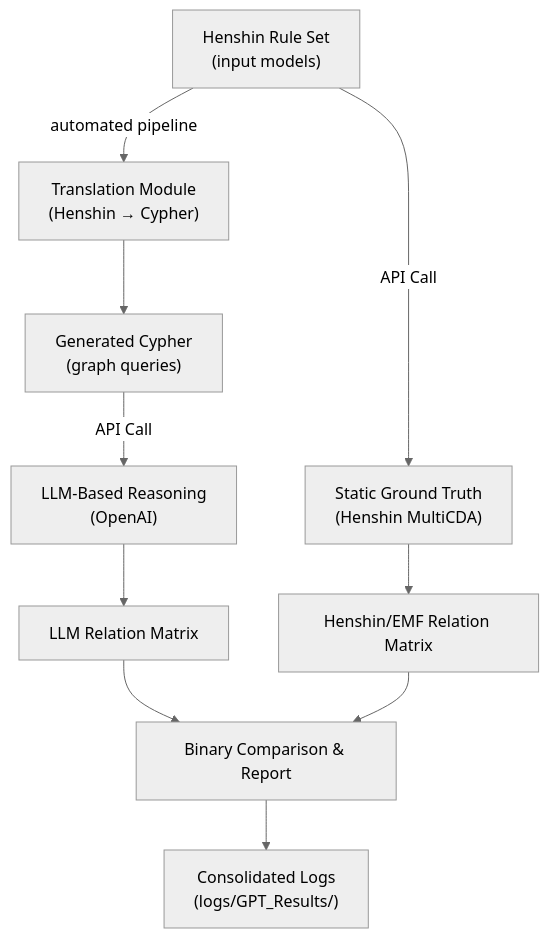
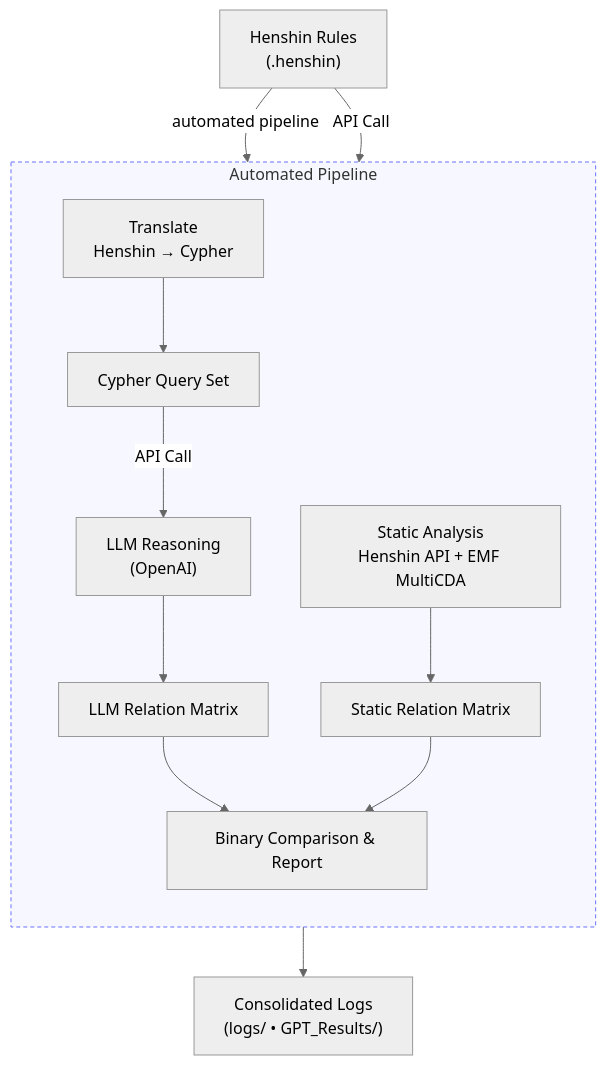
The diagram in README.md (Lugji/HenshinApplication), drawn with Mermaid (neutral theme) before and after one commit.

````diff
--- a/README.md
+++ b/README.md
@@ -5,25 +5,36 @@
 ```mermaid
 
 %%{init: {'flowchart': {'htmlLabels': true}} }%%
 flowchart TD
-  A["Henshin Rule Set<br>(input models)"]
-  B["Translation Module<br>(Henshin → Cypher)"]
-  C["Generated Cypher<br>(graph queries)"]
-  D["LLM-Based Reasoning<br>(OpenAI)"]
-  E["Static Ground Truth<br>(Henshin MultiCDA)"]
-  F["LLM Relation Matrix"]
-  G["Henshin/EMF Relation Matrix"]
-  H["Binary Comparison & Report"]
-  I["Consolidated Logs<br>(logs/GPT_Results/)"]
+  %% Outside the pipeline
+  A["Henshin Rules<br>(.henshin)"]
+  I["Consolidated Logs<br>(logs/ • GPT_Results/)"]
 
+  %% Grouped pipeline
+  subgraph Auto["Automated Pipeline"]
+    direction TB
+    B["Translate<br>Henshin → Cypher"]
+    C["Cypher Query Set"]
+    D["LLM Reasoning<br>(OpenAI)"]
+    E["Static Analysis<br>Henshin API + EMF MultiCDA"]
+    F["LLM Relation Matrix"]
+    G["Static Relation Matrix"]
+    H["Binary Comparison & Report"]
+  end
+
+  %% Your edges (with labels)
   A -->|automated pipeline| B
   B --> C
   C -->|API Call| D
   A -->|API Call| E
   D --> F
   E --> G
   F --> H
   G --> H
   H --> I
 
+  %% Optional: subtle styling for the group box
+  style Auto fill:#f7f7ff,stroke:#6b72ff,stroke-width:1px,stroke-dasharray:4 3
+
+
 ```
````
